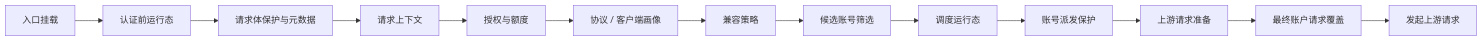
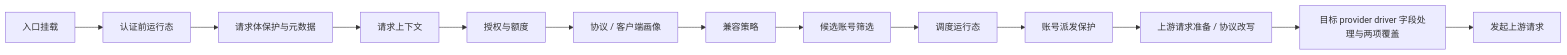
Before and after one commit to huanmin123/juhe-ai: the diagram in docs/functions/请求处理分层设计.md, drawn with Mermaid. The commit also changed other lines of this file and 163 other files, not shown here.

````diff
--- a/docs/functions/请求处理分层设计.md
+++ b/docs/functions/请求处理分层设计.md
@@ -26,15 +27,15 @@
 ```mermaid
 flowchart LR
   Entry["入口挂载"] --> PreAuth["认证前运行态"]
   PreAuth --> Body["请求体保护与元数据"]
   Body --> Context["请求上下文"]
   Context --> Auth["授权与额度"]
   Auth --> Profile["协议 / 客户端画像"]
   Profile --> Compat["兼容策略"]
   Compat --> Candidate["候选账号筛选"]
   Candidate --> Runtime["调度运行态"]
   Runtime --> Dispatch["账号派发保护"]
-  Dispatch --> Prepare["上游请求准备"]
-  Prepare --> Overrides["最终账户请求覆盖"]
+  Dispatch --> Prepare["上游请求准备 / 协议改写"]
+  Prepare --> Overrides["目标 provider driver 字段处理与两项覆盖"]
   Overrides --> Upstream["发起上游请求"]
 ```
````
